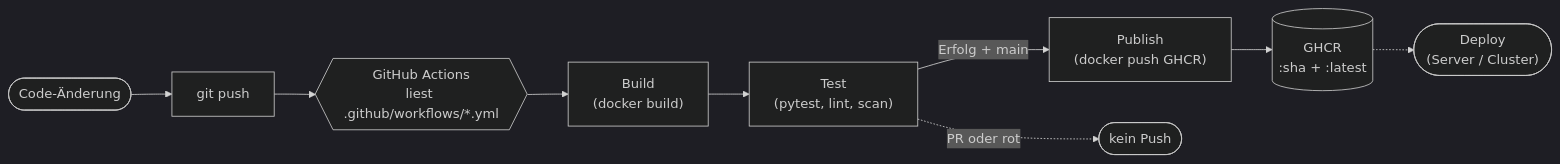
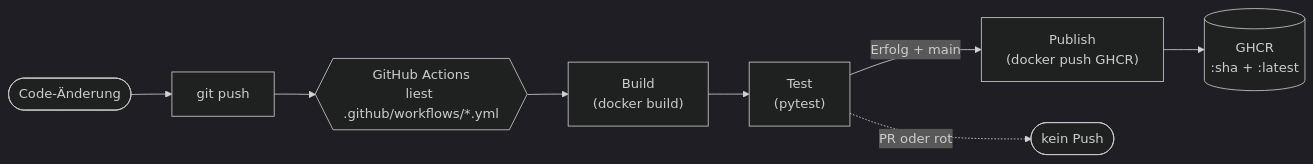
The diagram in docs/ci-cd/merksaetze.md (JacobMenge/kurs-unterlagen), drawn with Mermaid (dark theme) before and after one commit. The commit also changed other lines of this file and 13 other files, not shown here.

````diff
--- a/docs/ci-cd/merksaetze.md
+++ b/docs/ci-cd/merksaetze.md
@@ -78,12 +69,11 @@
 ```mermaid
 flowchart LR
   Code(["Code-Änderung"]) --> Push["git push"]
   Push --> Trigger{{"GitHub Actions<br/>liest .github/workflows/*.yml"}}
 
   Trigger --> Build["Build<br/>(docker build)"]
-  Build --> Test["Test<br/>(pytest, lint, scan)"]
+  Build --> Test["Test<br/>(pytest)"]
   Test -->|"Erfolg + main"| Publish["Publish<br/>(docker push GHCR)"]
   Test -.->|"PR oder rot"| Stop(["kein Push"])
   Publish --> Reg[("GHCR<br/>:sha + :latest")]
-  Reg -.-> Deploy(["Deploy<br/>(Server / Cluster)"])
 ```
````
